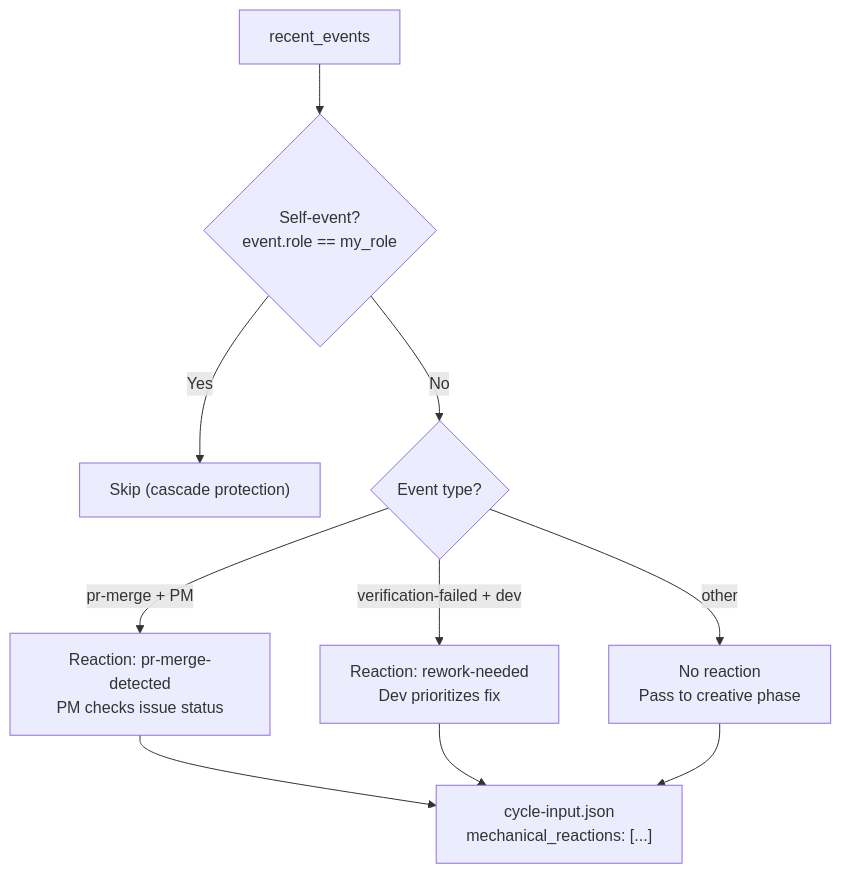
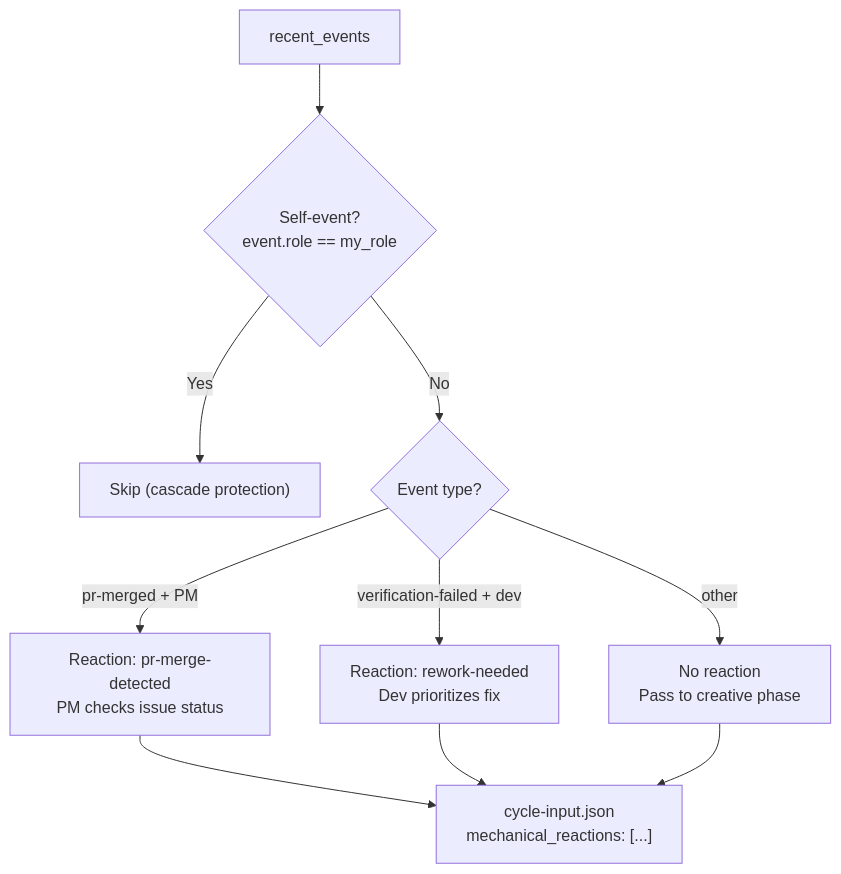
One commit to WallyDoodlez/SquidSquad changed the fifth of 7 diagrams in docs/EVENT-BUS-ARCHITECTURE.md. Above: the diagram before and after it, drawn with Mermaid. The commit also changed other lines of this file and 2 other files, not shown here.

Commit message:
dm: dm: dm: cycle 885 — fix ​#7878: EVENT-BUS-ARCHITECTURE.md pr-merge→pr-merged + compose-completed

````diff
--- a/docs/EVENT-BUS-ARCHITECTURE.md
+++ b/docs/EVENT-BUS-ARCHITECTURE.md
@@ -160,14 +163,14 @@
 ```mermaid
 flowchart TD
     E["recent_events"] --> SF{"Self-event?<br/>event.role == my_role"}
     SF -->|Yes| SKIP["Skip (cascade protection)"]
     SF -->|No| TYPE{"Event type?"}
 
-    TYPE -->|pr-merge + PM| R1["Reaction: pr-merge-detected<br/>PM checks issue status"]
+    TYPE -->|pr-merged + PM| R1["Reaction: pr-merge-detected<br/>PM checks issue status"]
     TYPE -->|verification-failed + dev| R2["Reaction: rework-needed<br/>Dev prioritizes fix"]
     TYPE -->|other| PASS["No reaction<br/>Pass to creative phase"]
 
     R1 --> CIJ["cycle-input.json<br/>mechanical_reactions: [...]"]
     R2 --> CIJ
     PASS --> CIJ
 ```
````
